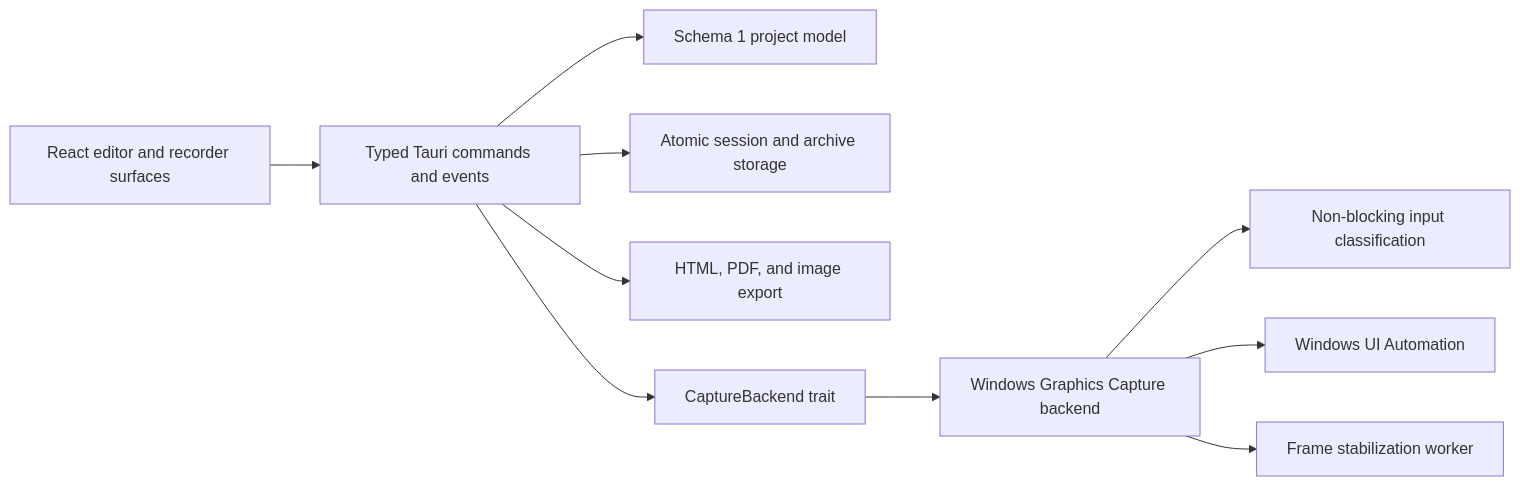
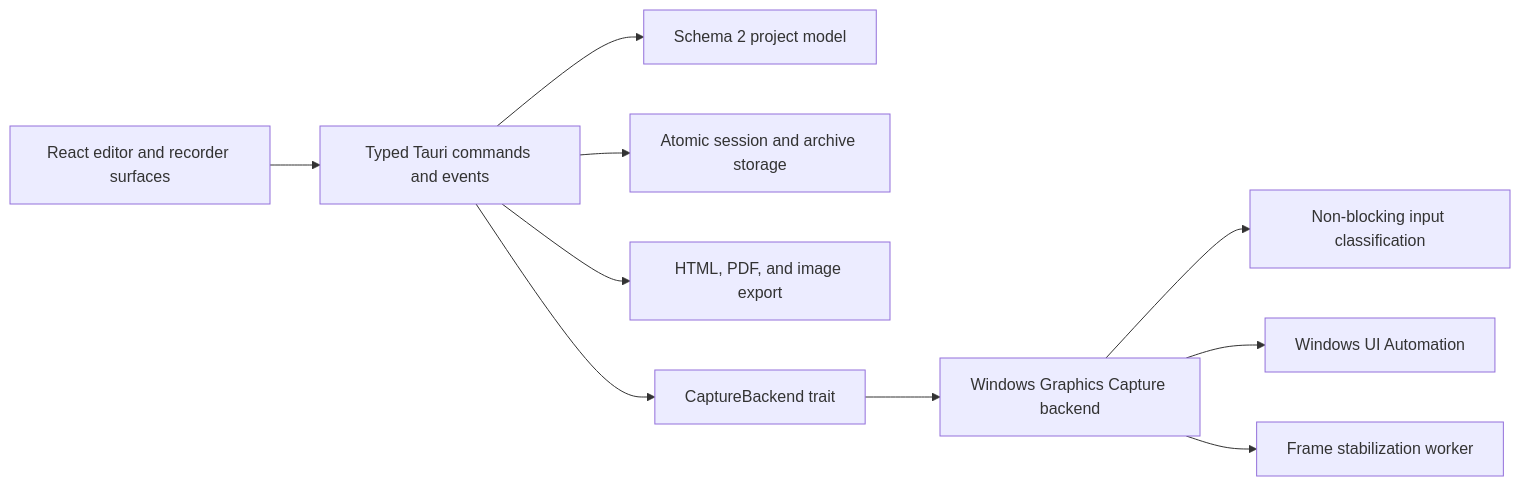
One commit to thisistoni/Crumbtrail changed the diagram in docs/ARCHITECTURE.md. Above: the diagram before and after it, drawn with Mermaid. The commit also changed other lines of this file and 97 other files, not shown here.

````diff
--- a/docs/ARCHITECTURE.md
+++ b/docs/ARCHITECTURE.md
@@ -5,12 +5,12 @@
 ```mermaid
 flowchart LR
   UI["React editor and recorder surfaces"] --> CMD["Typed Tauri commands and events"]
-  CMD --> MODEL["Schema 1 project model"]
+  CMD --> MODEL["Schema 2 project model"]
   CMD --> STORE["Atomic session and archive storage"]
   CMD --> EXPORT["HTML, PDF, and image export"]
   CMD --> CAPTURE["CaptureBackend trait"]
   CAPTURE --> WIN["Windows Graphics Capture backend"]
   WIN --> HOOKS["Non-blocking input classification"]
   WIN --> UIA["Windows UI Automation"]
   WIN --> FRAMES["Frame stabilization worker"]
 ```
````
